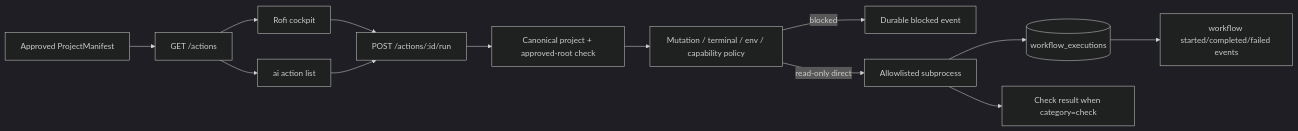
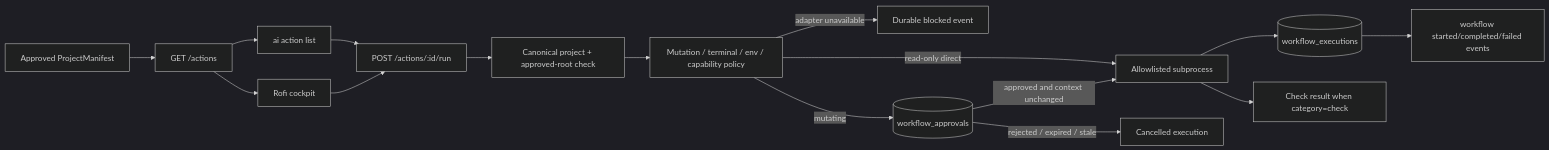
Before and after one commit to namikofficial/ai: the diagram in docs/WORKFLOW_EXECUTION.md, drawn with Mermaid (dark theme). The commit also changed other lines of this file and 7 other files, not shown here.

Commit message:
feat: enhance approval workflow commands and execution context handling

````diff
--- a/docs/WORKFLOW_EXECUTION.md
+++ b/docs/WORKFLOW_EXECUTION.md
@@ -13,15 +13,18 @@
 ```mermaid
 flowchart LR
   Manifest[Approved ProjectManifest] --> Actions[GET /actions]
   Actions --> Rofi[Rofi cockpit]
   Actions --> CLI[ai action list]
   Rofi --> Run[POST /actions/:id/run]
   CLI --> Run
   Run --> Scope[Canonical project + approved-root check]
   Scope --> Policy[Mutation / terminal / env / capability policy]
-  Policy -->|blocked| Audit[Durable blocked event]
+  Policy -->|adapter unavailable| Audit[Durable blocked event]
+  Policy -->|mutating| Approval[(workflow_approvals)]
+  Approval -->|approved and context unchanged| Exec
+  Approval -->|rejected / expired / stale| Cancelled[Cancelled execution]
   Policy -->|read-only direct| Exec[Allowlisted subprocess]
   Exec --> DB[(workflow_executions)]
   Exec --> Check[Check result when category=check]
   DB --> Events[workflow started/completed/failed events]
 ```
````
